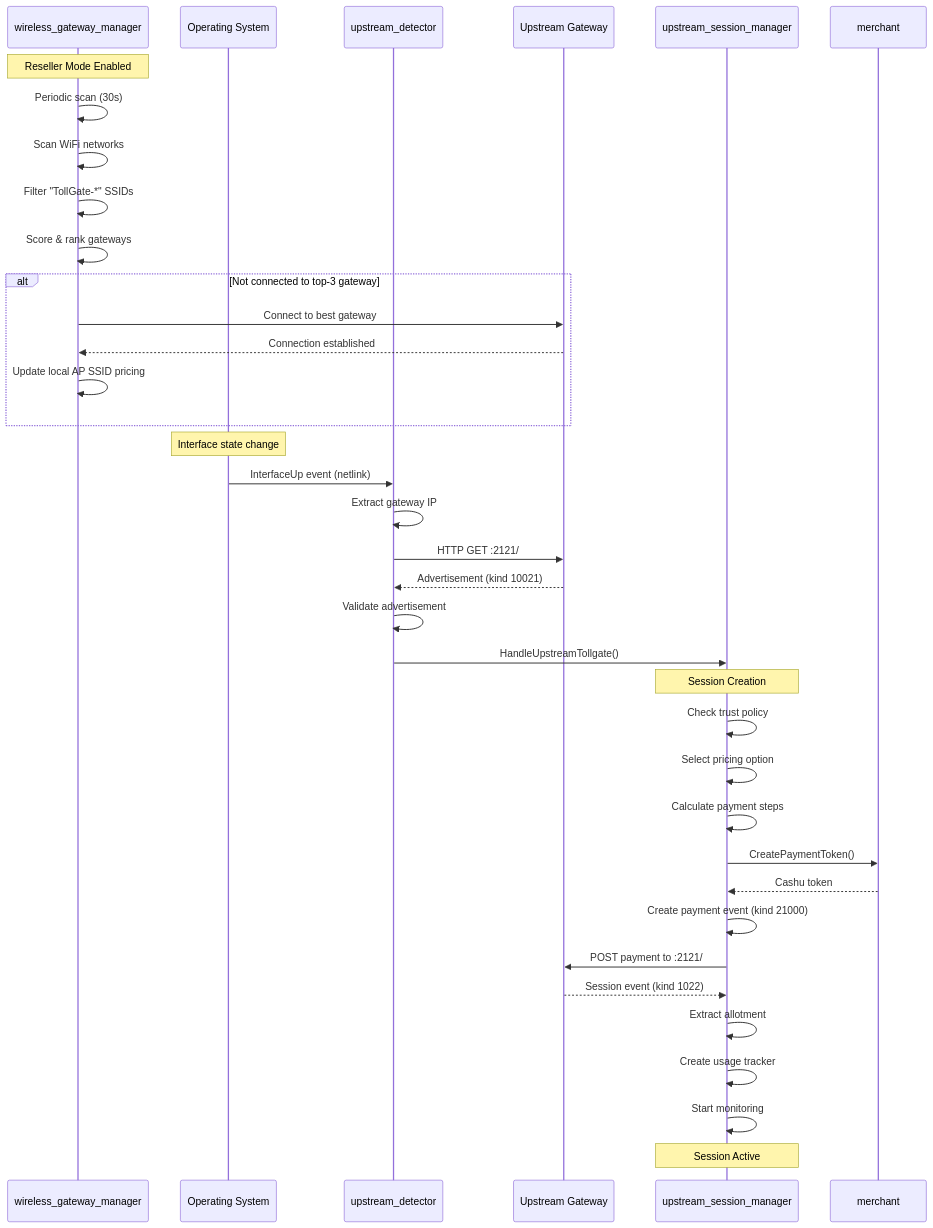
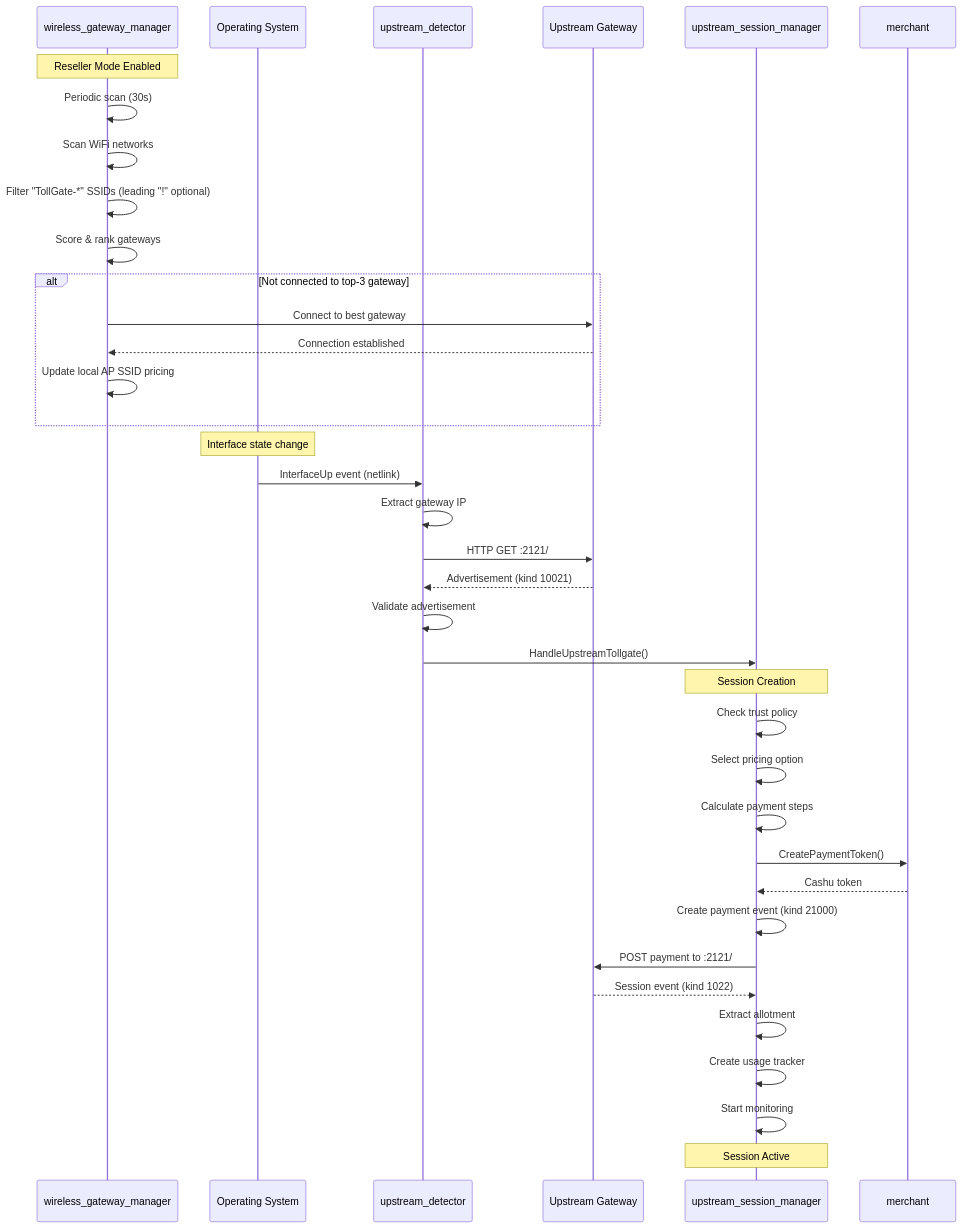
The second of 8 diagrams in docs/upstream_session_manager.md (OpenTollGate/tollgate-module-basic-go), drawn with Mermaid before and after one commit. The commit also changed other lines of this file and 14 other files, not shown here.

````diff
--- a/docs/upstream_session_manager.md
+++ b/docs/upstream_session_manager.md
@@ -60,45 +60,45 @@
 ```mermaid
 sequenceDiagram
     participant WGM as wireless_gateway_manager
     participant OS as Operating System
     participant CS as upstream_detector
     participant GW as Upstream Gateway
     participant CH as upstream_session_manager
     participant MR as merchant
 
     Note over WGM: Reseller Mode Enabled
     WGM->>WGM: Periodic scan (30s)
     WGM->>WGM: Scan WiFi networks
-    WGM->>WGM: Filter "TollGate-*" SSIDs
+    WGM->>WGM: Filter "TollGate-*" SSIDs (leading "!" optional)
     WGM->>WGM: Score & rank gateways
 
     alt Not connected to top-3 gateway
         WGM->>GW: Connect to best gateway
         GW-->>WGM: Connection established
         WGM->>WGM: Update local AP SSID pricing
     end
 
     Note over OS: Interface state change
     OS->>CS: InterfaceUp event (netlink)
     CS->>CS: Extract gateway IP
     CS->>GW: HTTP GET :2121/
     GW-->>CS: Advertisement (kind 10021)
     CS->>CS: Validate advertisement
 
     CS->>CH: HandleUpstreamTollgate()
 
     Note over CH: Session Creation
     CH->>CH: Check trust policy
     CH->>CH: Select pricing option
     CH->>CH: Calculate payment steps
     CH->>MR: CreatePaymentToken()
     MR-->>CH: Cashu token
     CH->>CH: Create payment event (kind 21000)
     CH->>GW: POST payment to :2121/
     GW-->>CH: Session event (kind 1022)
     CH->>CH: Extract allotment
     CH->>CH: Create usage tracker
     CH->>CH: Start monitoring
 
     Note over CH: Session Active
 ```
````
